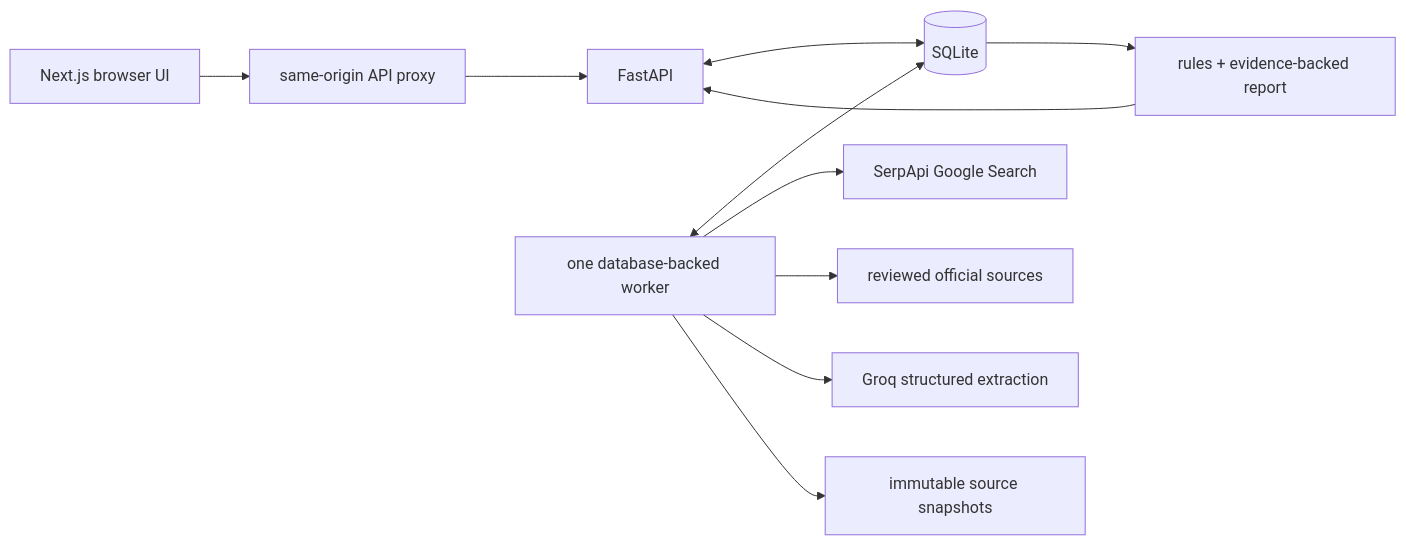
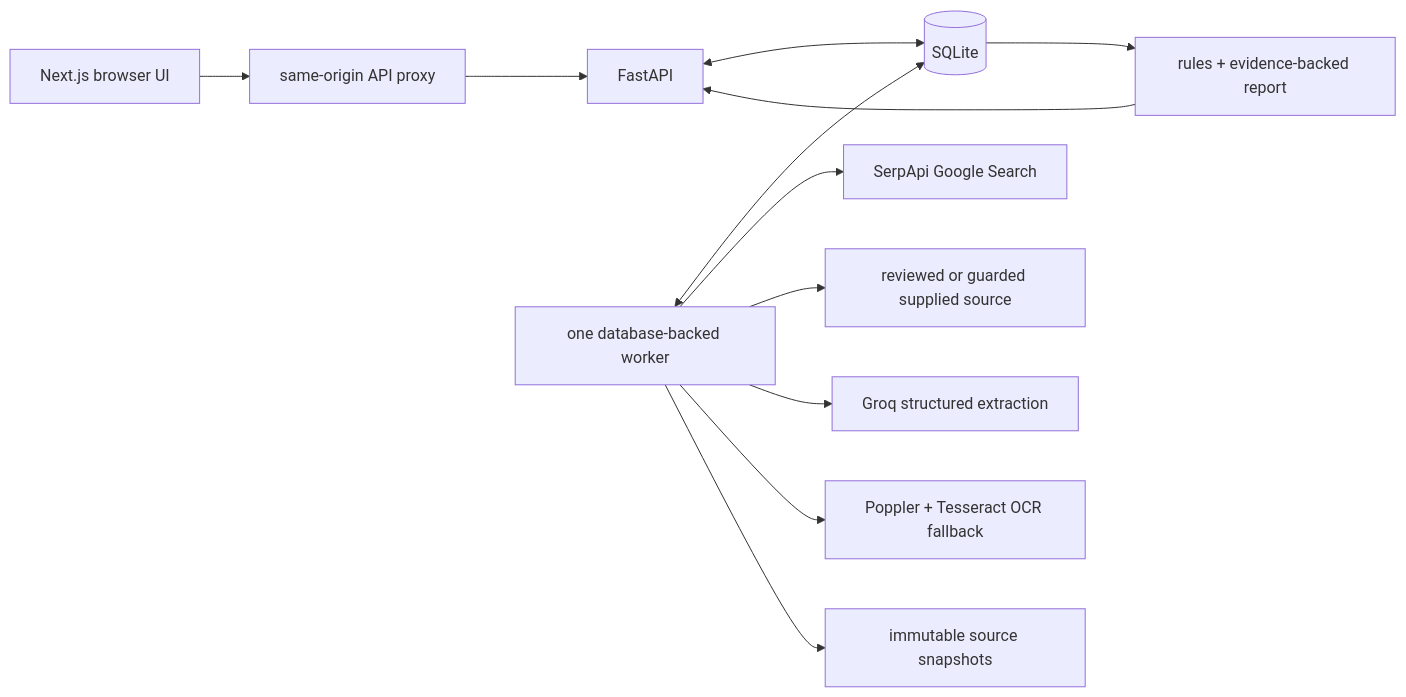
One commit to 23-prabhat/Serpapi-hackathon changed the diagram in README.md. Above: the diagram before and after it, drawn with Mermaid. The commit also changed other lines of this file and 30 other files, not shown here.

````diff
--- a/README.md
+++ b/README.md
@@ -103,13 +144,14 @@
 ```mermaid
 flowchart LR
     Browser["Next.js browser UI"] --> Proxy["same-origin API proxy"]
     Proxy --> API["FastAPI"]
     API <--> DB[("SQLite")]
     Worker["one database-backed worker"] <--> DB
     Worker --> SerpApi["SerpApi Google Search"]
-    Worker --> Sources["reviewed official sources"]
+    Worker --> Sources["reviewed or guarded supplied source"]
     Worker --> Groq["Groq structured extraction"]
+    Worker --> OCR["Poppler + Tesseract OCR fallback"]
     Worker --> Snapshots["immutable source snapshots"]
     DB --> Report["rules + evidence-backed report"]
     Report --> API
 ```
````
